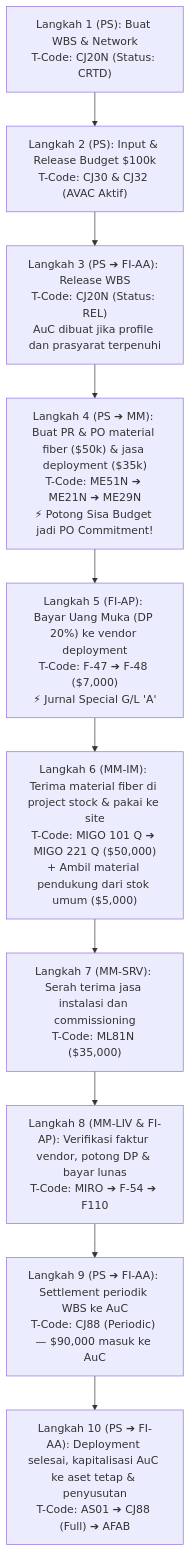
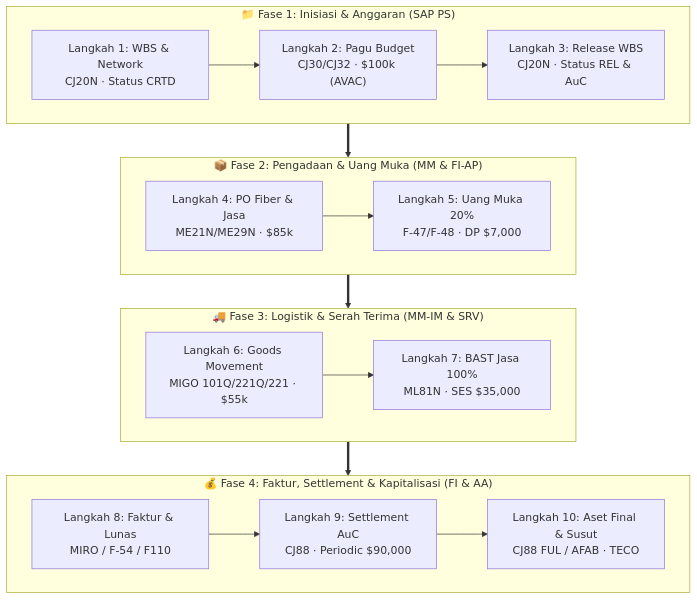
One commit to rendgraagrida/projects-sap changed the diagram in docs/curriculum/05-integration-and-end-to-end-case-study.md. Above: the diagram before and after it, drawn with Mermaid. The commit also changed other lines of this file and 2 other files, not shown here.

Commit message:
fix(curriculum): restructure modul 05 10-step flow diagram into 4 proportional phases with summary table

````diff
--- a/docs/curriculum/05-integration-and-end-to-end-case-study.md
+++ b/docs/curriculum/05-integration-and-end-to-end-case-study.md
@@ -31,12 +31,23 @@
 ```mermaid
 flowchart TD
-    S1["Langkah 1 (PS): Buat WBS & Network\nT-Code: CJ20N (Status: CRTD)"] --> S2["Langkah 2 (PS): Input & Release Budget $100k\nT-Code: CJ30 & CJ32 (AVAC Aktif)"]
-    S2 --> S3["Langkah 3 (PS ➔ FI-AA): Release WBS\nT-Code: CJ20N (Status: REL)\nAuC dibuat jika profile dan prasyarat terpenuhi"]
-    S3 --> S4["Langkah 4 (PS ➔ MM): Buat PR & PO material fiber ($50k) & jasa deployment ($35k)\nT-Code: ME51N ➔ ME21N ➔ ME29N\n⚡ Potong Sisa Budget jadi PO Commitment!"]
-    S4 --> S5["Langkah 5 (FI-AP): Bayar Uang Muka (DP 20%) ke vendor deployment\nT-Code: F-47 ➔ F-48 ($7,000)\n⚡ Jurnal Special G/L 'A'"]
-    S5 --> S6["Langkah 6 (MM-IM): Terima material fiber di project stock & pakai ke site\nT-Code: MIGO 101 Q ➔ MIGO 221 Q ($50,000)\n+ Ambil material pendukung dari stok umum ($5,000)"]
-    S6 --> S7["Langkah 7 (MM-SRV): Serah terima jasa instalasi dan commissioning\nT-Code: ML81N ($35,000)"]
-    S7 --> S8["Langkah 8 (MM-LIV & FI-AP): Verifikasi faktur vendor, potong DP & bayar lunas\nT-Code: MIRO ➔ F-54 ➔ F110"]
-    S8 --> S9["Langkah 9 (PS ➔ FI-AA): Settlement periodik WBS ke AuC\nT-Code: CJ88 (Periodic) — $90,000 masuk ke AuC"]
-    S9 --> S10["Langkah 10 (PS ➔ FI-AA): Deployment selesai, kapitalisasi AuC ke aset tetap & penyusutan\nT-Code: AS01 ➔ CJ88 (Full) ➔ AFAB"]
+    subgraph P1["📁 Fase 1: Inisiasi & Anggaran (SAP PS)"]
+        direction LR
+        S1["Langkah 1: WBS & Network<br/>CJ20N · Status CRTD"] --> S2["Langkah 2: Pagu Budget<br/>CJ30/CJ32 · $100k (AVAC)"] --> S3["Langkah 3: Release WBS<br/>CJ20N · Status REL & AuC"]
+    end
+    subgraph P2["📦 Fase 2: Pengadaan & Uang Muka (MM & FI-AP)"]
+        direction LR
+        S4["Langkah 4: PO Fiber & Jasa<br/>ME21N/ME29N · $85k"] --> S5["Langkah 5: Uang Muka 20%<br/>F-47/F-48 · DP $7,000"]
+    end
+    subgraph P3["🚚 Fase 3: Logistik & Serah Terima (MM-IM & SRV)"]
+        direction LR
+        S6["Langkah 6: Goods Movement<br/>MIGO 101Q/221Q/221 · $55k"] --> S7["Langkah 7: BAST Jasa 100%<br/>ML81N · SES $35,000"]
+    end
+    subgraph P4["💰 Fase 4: Faktur, Settlement & Kapitalisasi (FI & AA)"]
+        direction LR
+        S8["Langkah 8: Faktur & Lunas<br/>MIRO / F-54 / F110"] --> S9["Langkah 9: Settlement AuC<br/>CJ88 · Periodic $90,000"] --> S10["Langkah 10: Aset Final & Susut<br/>CJ88 FUL / AFAB · TECO"]
+    end
+
+    P1 ==> P2
+    P2 ==> P3
+    P3 ==> P4
 ```
````
